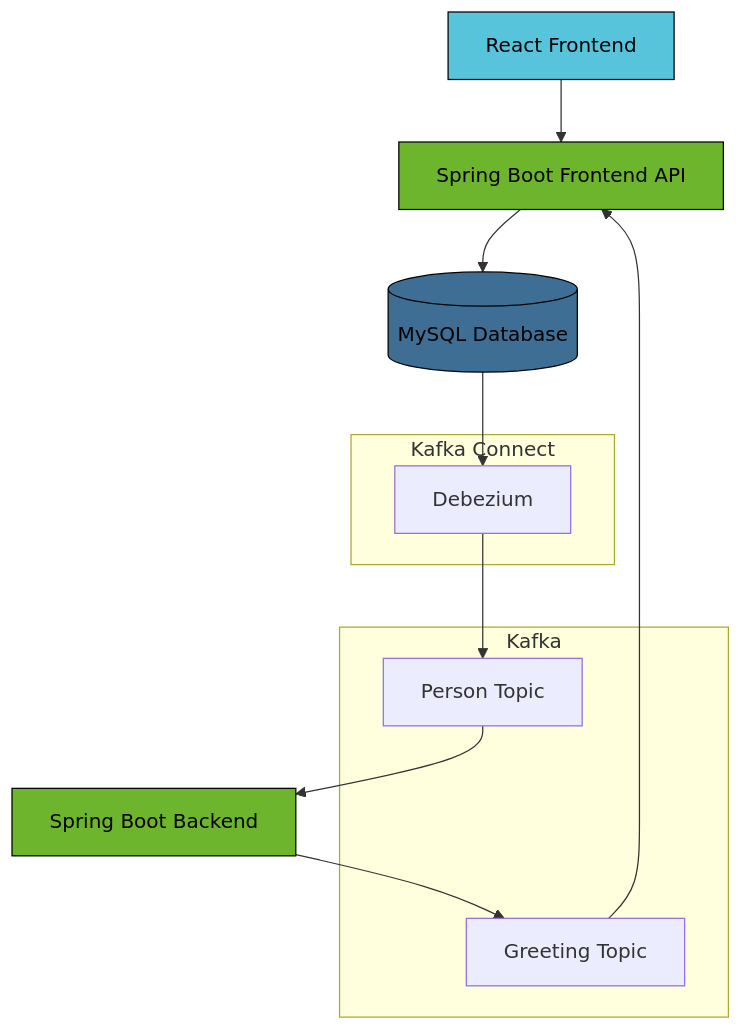
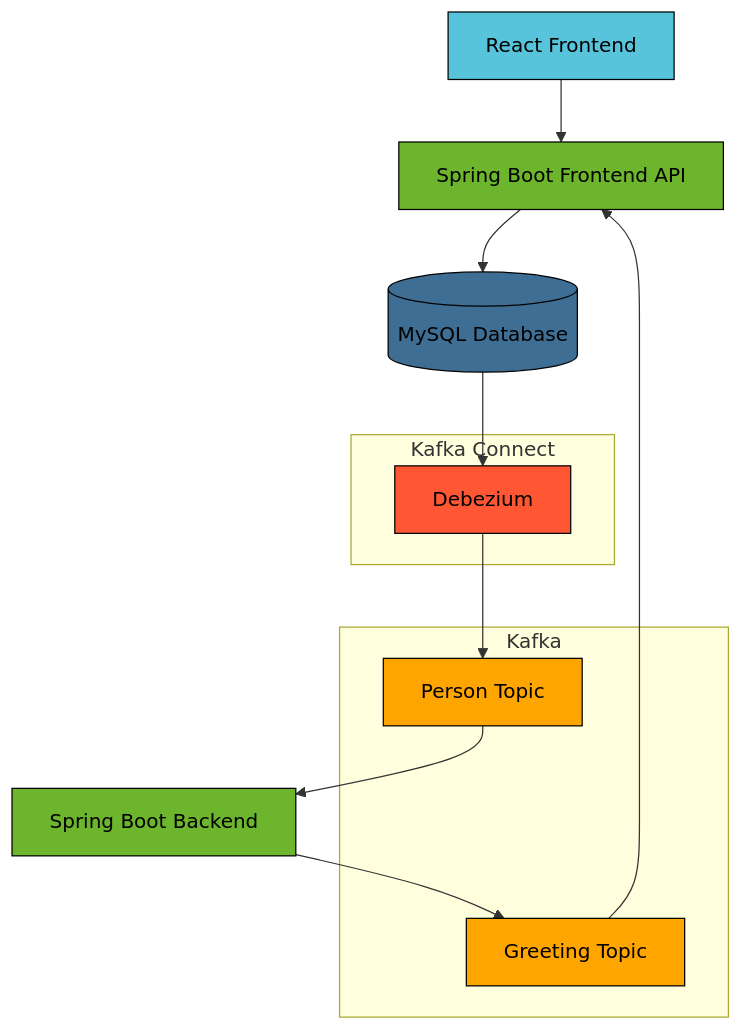
Before and after one commit to onlyteo/spring-boot-sandbox: the diagram in spring-boot-kafka-cdc/README.md, drawn with Mermaid. The commit also changed other lines of this file and 12 other files, not shown here.

````diff
--- a/spring-boot-kafka-cdc/README.md
+++ b/spring-boot-kafka-cdc/README.md
@@ -9,26 +55,28 @@
 ```mermaid
 graph TD
     A[React Frontend]:::react
     B[Spring Boot Frontend API]:::spring
     C[Spring Boot Backend]:::spring
     D[(MySQL Database)]:::mysql
     subgraph Kafka
-        E[Person Topic]
-        F[Greeting Topic]
+        E[Person Topic]:::kafka
+        F[Greeting Topic]:::kafka
     end
     subgraph Kafka Connect
-        G[Debezium]
+        G[Debezium]:::kafka-connect
     end
     
     A --> B
     B --> D
     E --> C
     C --> F
     F --> B
     D --> G
     G --> E
     
     classDef react fill: #58c4dc, stroke: #000000, color: #000000
     classDef spring fill: #6cb52d, stroke: #000000, color: #000000
-    classDef mysql fill: #3E6E93, stroke: #000000, color: #000000
+    classDef mysql fill: #3e6e93, stroke: #000000, color: #000000
+    classDef kafka fill: #ffa500, stroke: #000000, color: #000000
+    classDef kafka-connect fill: #ff5733, stroke: #000000, color: #000000
 ```
````
